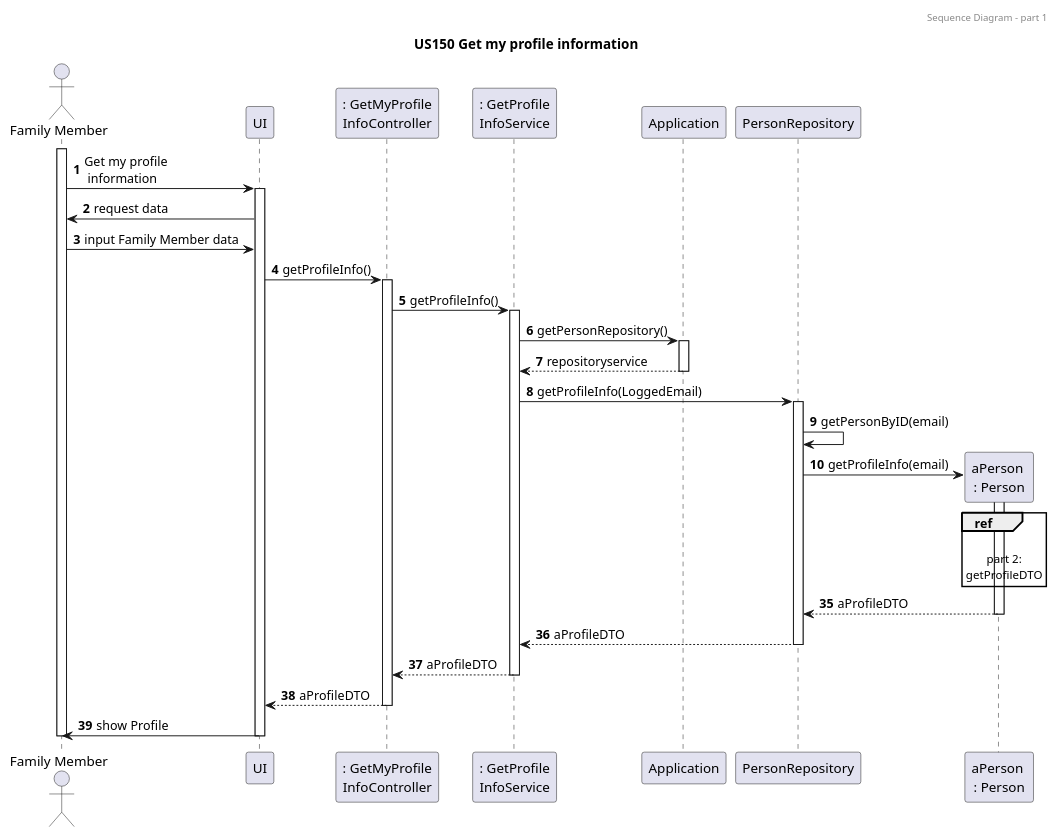
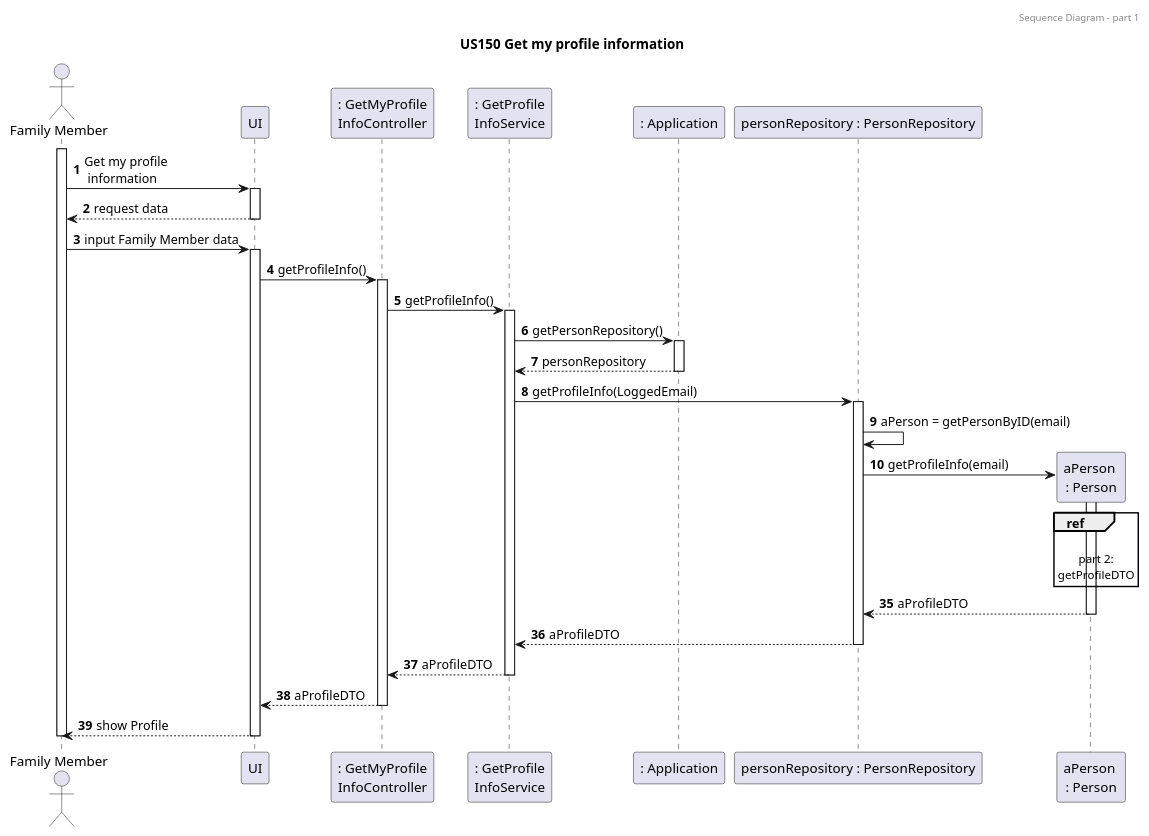
The fourth of 5 diagrams in docs/sprint3/user_stories/US150_GetFamilyMemberProfileV2.md (tomas-osswald/switch_2020_g3), drawn with PlantUML before and after one commit. The commit also changed other lines of this file and 4 other files, not shown here.

Commit message:
writed failing tests for GetFamilyMemberProfileController

`````diff
--- a/docs/sprint3/user_stories/US150_GetFamilyMemberProfileV2.md
+++ b/docs/sprint3/user_stories/US150_GetFamilyMemberProfileV2.md
@@ -225,52 +229,53 @@
 ````puml
 @startuml
 
 autonumber
 header Sequence Diagram - part 1
 title US150 Get my profile information
 
 actor "Family Member" as actor
 participant "UI" as UI
 participant ": GetMyProfile\nInfoController" as controller
 participant ": GetProfile\nInfoService" as service
-participant "Application" as app
-participant "PersonRepository" as repository
+participant ": Application" as app
+participant "personRepository : PersonRepository" as repository
 participant "aPerson \n: Person" as person
 activate actor
 actor -> UI: Get my profile\n information
 activate UI
-UI -> actor : request data
+return request data
 actor -> UI : input Family Member data
+activate UI
 UI -> controller : getProfileInfo()
 activate controller
 controller -> service : getProfileInfo()
 activate service
 service -> app : getPersonRepository()
 activate app
-return repositoryservice
+return personRepository
 service -> repository : getProfileInfo(LoggedEmail)
 activate repository
-repository -> repository : getPersonByID(email)
+repository -> repository : aPerson = getPersonByID(email)
 repository -> person** : getProfileInfo(email)
 ref over person
 
 part 2:
 getProfileDTO
 end
 
 autonumber 35
 activate person
 person --> repository : aProfileDTO
 deactivate person
 repository --> service : aProfileDTO
 deactivate repository
 service --> controller : aProfileDTO
 deactivate service
 controller --> UI : aProfileDTO
 deactivate controller
-UI -> actor : show Profile
+return show Profile
 deactivate UI
 deactivate actor
 
 @enduml
 ````
`````
